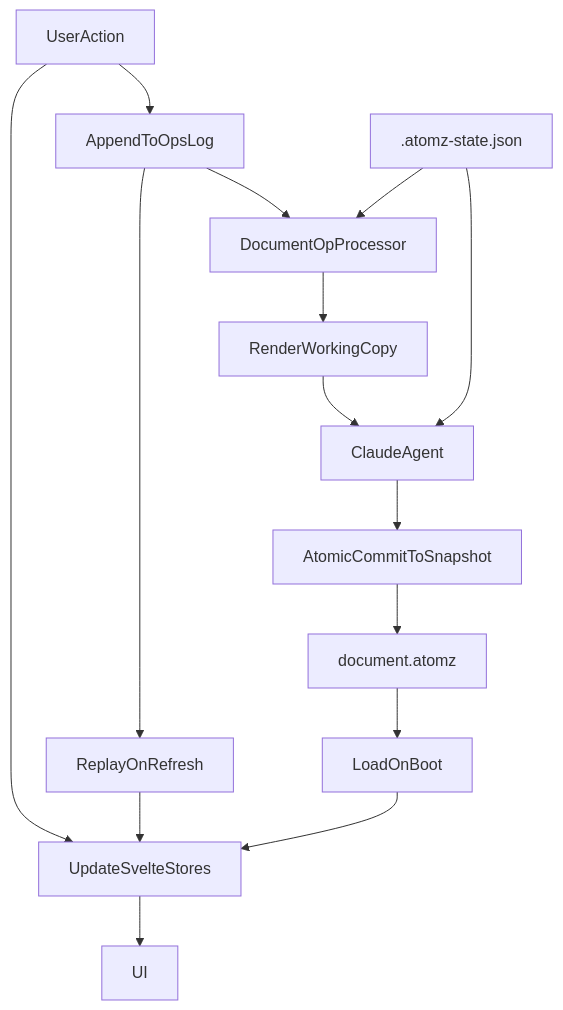
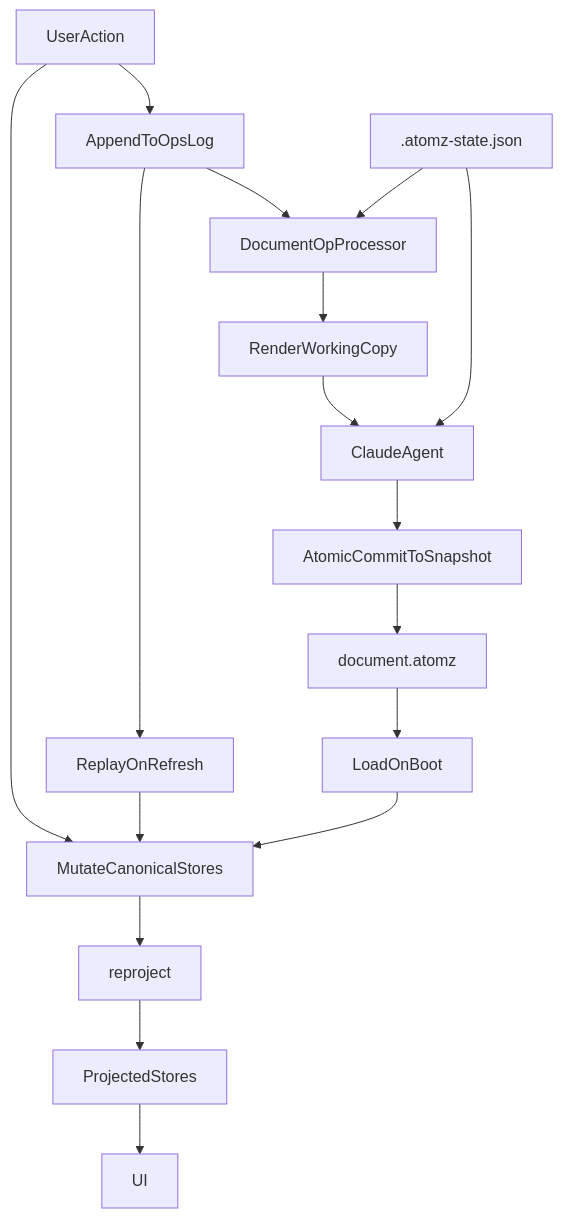
The diagram in ARCHITECTURE.md (docwriter-org/docwriter), drawn with Mermaid before and after one commit. The commit also changed other lines of this file and 24 other files, not shown here.

````diff
--- a/ARCHITECTURE.md
+++ b/ARCHITECTURE.md
@@ -67,17 +58,19 @@
 ```mermaid
 flowchart TD
-	userAction[UserAction] --> uiState[UpdateSvelteStores]
-	userAction --> opLog[AppendToOpsLog]
-	uiState --> ui[UI]
-	opLog --> replay[ReplayOnRefresh]
-	replay --> uiState
-	opLog --> processor[DocumentOpProcessor]
-	processor --> renderFile[RenderWorkingCopy]
-	renderFile --> claude[ClaudeAgent]
-	claude --> commit[AtomicCommitToSnapshot]
-	commit --> snapshot[document.atomz]
-	snapshot --> load[LoadOnBoot]
-	load --> uiState
-	sessionState[.atomz-state.json] --> processor
-	sessionState --> claude
+    userAction[UserAction] --> canonical[MutateCanonicalStores]
+    canonical --> reproject[reproject]
+    reproject --> projected[ProjectedStores]
+    projected --> ui[UI]
+    userAction --> opLog[AppendToOpsLog]
+    opLog --> replay[ReplayOnRefresh]
+    replay --> canonical
+    opLog --> processor[DocumentOpProcessor]
+    processor --> renderFile[RenderWorkingCopy]
+    renderFile --> claude[ClaudeAgent]
+    claude --> commit[AtomicCommitToSnapshot]
+    commit --> snapshot[document.atomz]
+    snapshot --> load[LoadOnBoot]
+    load --> canonical
+    sessionState[.atomz-state.json] --> processor
+    sessionState --> claude
 ```
````
